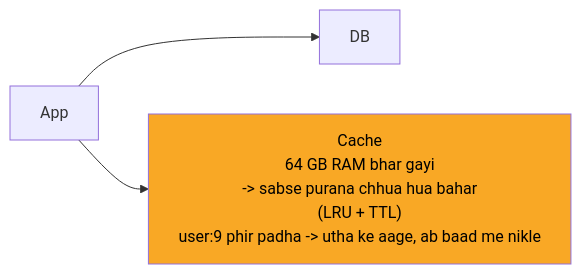
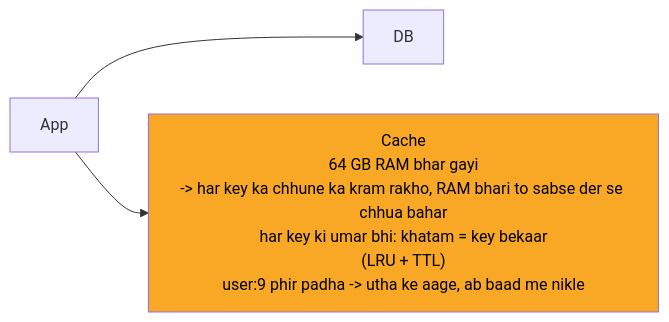
Before and after one commit to ArpanMaheshwari144/Prep: the second of 8 diagrams in 04_HLD/SYSTEM_DESIGNS/10_distributed_cache/10_distributed_cache.md, drawn with Mermaid. The commit also changed other lines of this file and 13 other files, not shown here.

````diff
--- a/04_HLD/SYSTEM_DESIGNS/10_distributed_cache/10_distributed_cache.md
+++ b/04_HLD/SYSTEM_DESIGNS/10_distributed_cache/10_distributed_cache.md
@@ -106,10 +106,10 @@
 ```mermaid
 %%{init: {"flowchart": {"wrappingWidth": 450}}}%%
 flowchart LR
     n_App["App"]
     n_DB["DB"]
-    n_Cache["Cache<br/>64 GB RAM bhar gayi<br/>-> sabse purana chhua hua bahar<br/>(LRU + TTL)<br/>user:9 phir padha -> utha ke aage, ab baad me nikle"]
+    n_Cache["Cache<br/>64 GB RAM bhar gayi<br/>-> har key ka chhune ka kram rakho, RAM bhari to sabse der se chhua bahar<br/>har key ki umar bhi: khatam = key bekaar<br/>(LRU + TTL)<br/>user:9 phir padha -> utha ke aage, ab baad me nikle"]
     n_App --> n_DB
     n_App --> n_Cache
     style n_Cache fill:#f9a825,color:#000
 ```
````
